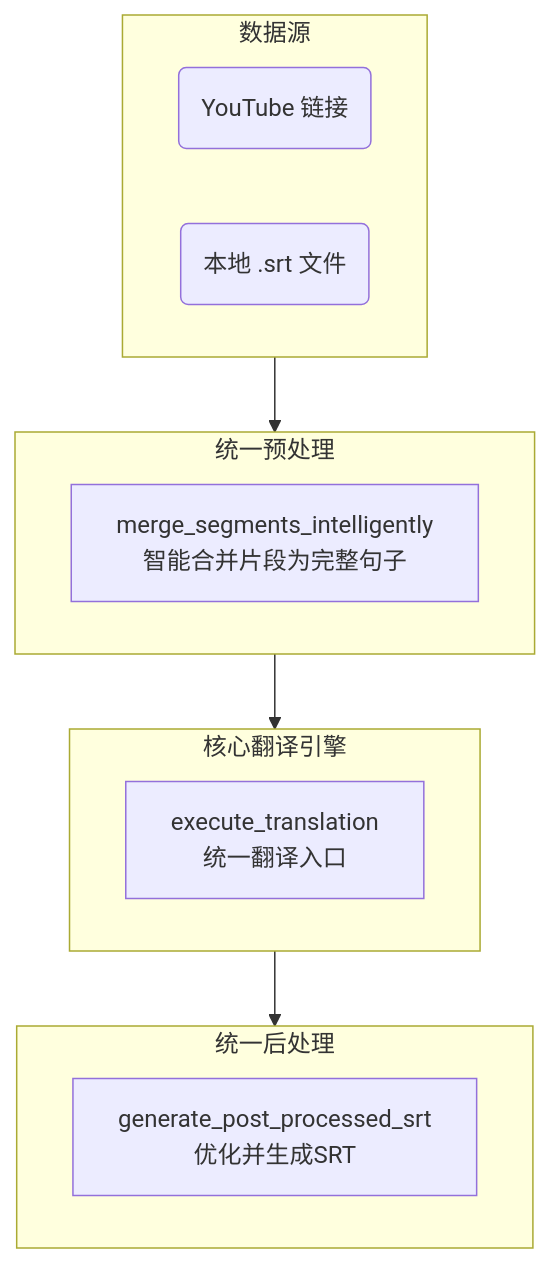
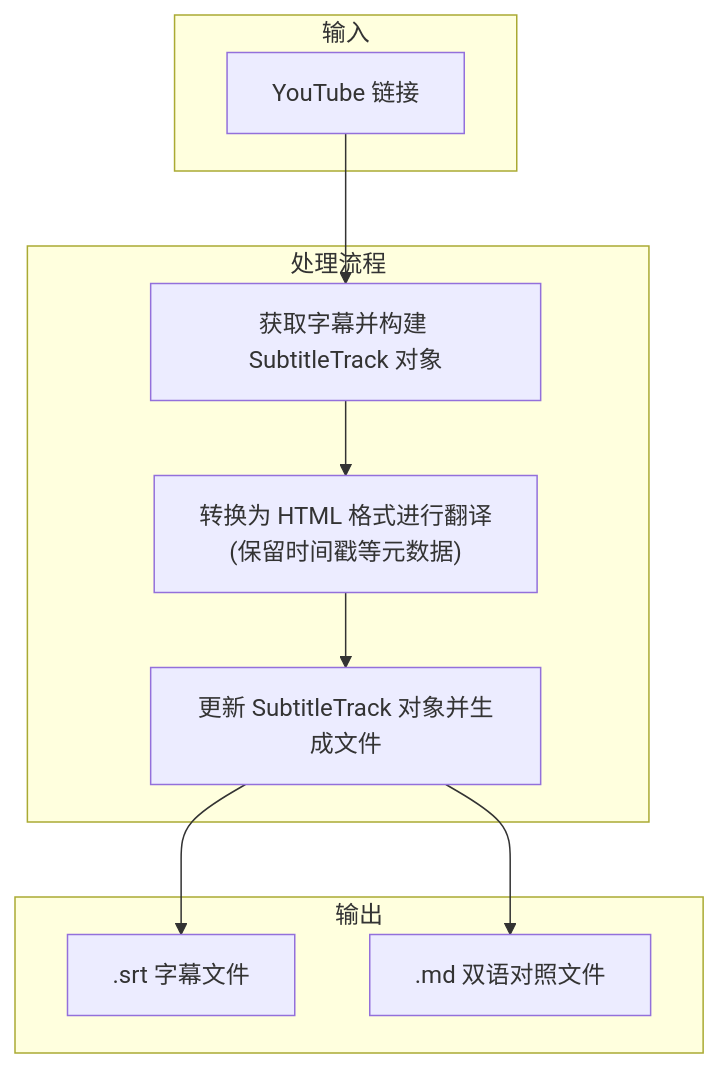
The second of 2 diagrams in README.md (kuniyao/MultiMediaGenAI), drawn with Mermaid before and after one commit. The commit also changed other lines of this file and 12 other files, not shown here.

````diff
--- a/README.md
+++ b/README.md
@@ -120,24 +120,19 @@
 ```mermaid
 graph TD;
-    subgraph A[数据源]
-        A1("YouTube 链接")
-        A2("本地 .srt 文件")
+    subgraph Input [输入]
+        A[YouTube 链接]
     end
-
-    subgraph B[统一预处理]
-        direction LR
-        B1["merge_segments_intelligently<br>智能合并片段为完整句子"];
+    subgraph Processing [处理流程]
+        B["获取字幕并构建 SubtitleTrack 对象"]
+        C["转换为 HTML 格式进行翻译<br>(保留时间戳等元数据)"]
+        D["更新 SubtitleTrack 对象并生成文件"]
     end
-
-    subgraph C[核心翻译引擎]
-        direction LR
-        C1["execute_translation<br>统一翻译入口"];
-    end
-
-    subgraph D[统一后处理]
-        direction LR
-        D1["generate_post_processed_srt<br>优化并生成SRT"];
+    subgraph Output [输出]
+        E[".srt 字幕文件"]
+        F[".md 双语对照文件"]
     end
 
     A --> B --> C --> D;
+    D --> E;
+    D --> F;
 ```
````
